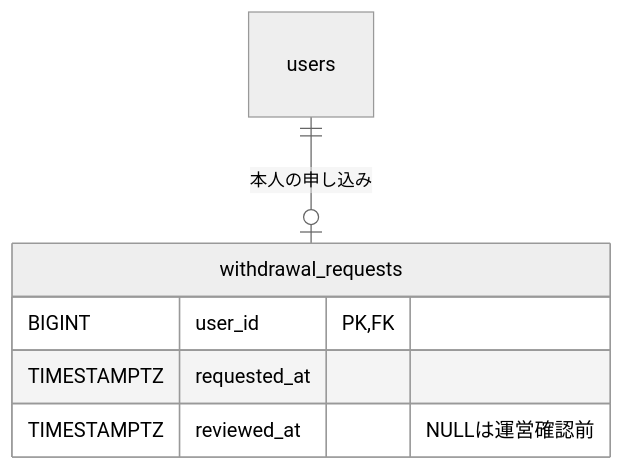
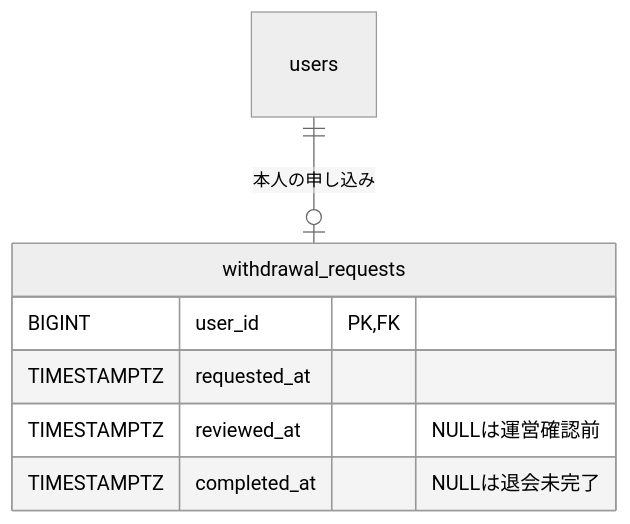
Before and after one commit to shuichiro-hayafuji/arran: the tenth of 10 diagrams in docs/ER_DIAGRAM.md, drawn with Mermaid (neutral theme). The commit also changed other lines of this file and 59 other files, not shown here.

````diff
--- a/docs/ER_DIAGRAM.md
+++ b/docs/ER_DIAGRAM.md
@@ -503,9 +503,10 @@
 ```mermaid
 erDiagram
     users ||--o| withdrawal_requests : "本人の申し込み"
     withdrawal_requests {
         BIGINT user_id PK,FK
         TIMESTAMPTZ requested_at
         TIMESTAMPTZ reviewed_at "NULLは運営確認前"
+        TIMESTAMPTZ completed_at "NULLは退会未完了"
     }
 ```
````
